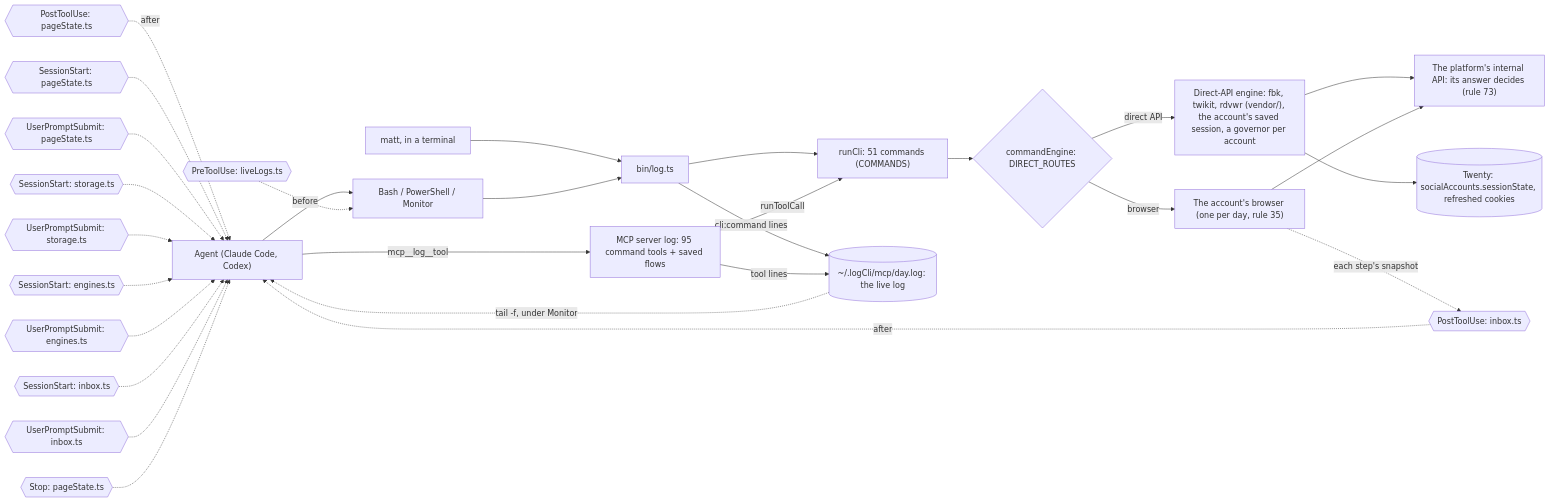
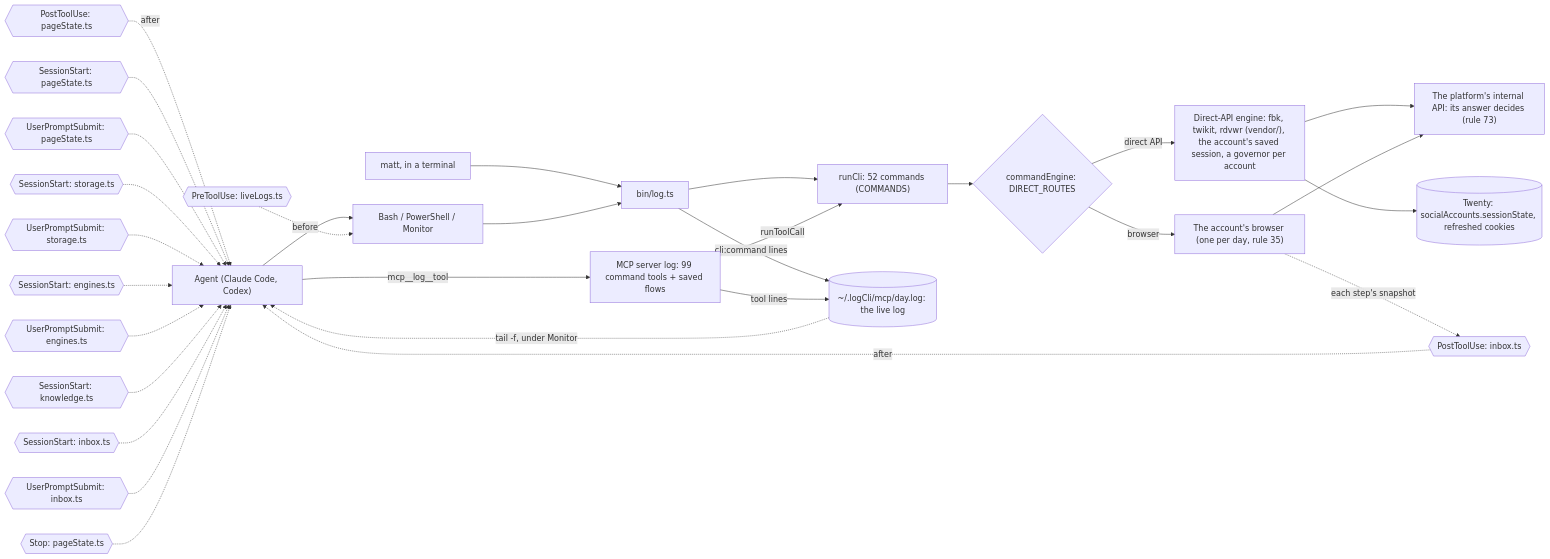
The diagram in docs/diagrams/surface.mmd (matthewdonsemail-lab/log), drawn with Mermaid before and after one commit. The commit also changed 27 other files, not shown here.

```diff
--- a/docs/diagrams/surface.mmd
+++ b/docs/diagrams/surface.mmd
@@ -1,43 +1,44 @@
 %% How a call reaches log-cli. From a shell or over MCP, both run the same commands through `runCli`, write the same live log, and pass through the same hooks. `commandEngine` sends each command to the platform's direct API or to the account's browser.
 %% Written by `bun run docs:build` from the code (rule 56). Not edited by hand.
 flowchart LR
   agent["Agent (Claude Code, Codex)"]
   matt["matt, in a terminal"]
   shell["Bash / PowerShell / Monitor"]
-  mcp["MCP server log: 95 command tools + saved flows"]
+  mcp["MCP server log: 99 command tools + saved flows"]
   bin["bin/log.ts"]
-  runCli["runCli: 51 commands (COMMANDS)"]
+  runCli["runCli: 52 commands (COMMANDS)"]
   live[("~/.logCli/mcp/day.log: the live log")]
   engine{"commandEngine: DIRECT_ROUTES"}
   direct["Direct-API engine: fbk, twikit, rdvwr (vendor/), the account's saved session, a governor per account"]
   browser["The account's browser (one per day, rule 35)"]
   api["The platform's internal API: its answer decides (rule 73)"]
   twenty[("Twenty: socialAccounts.sessionState, refreshed cookies")]
   agent --> shell
   matt --> bin
   shell --> bin
   agent -->|mcp__log__tool| mcp
   bin --> runCli
   mcp -->|runToolCall| runCli
   runCli --> engine
   engine -->|direct API| direct
   engine -->|browser| browser
   direct --> api
   browser --> api
   direct --> twenty
   bin -->|cli:command lines| live
   mcp -->|tool lines| live
   live -.->|tail -f, under Monitor| agent
   pre0{{"PreToolUse: liveLogs.ts"}} -.->|before| shell
   post0{{"PostToolUse: inbox.ts"}} -.->|after| agent
   post1{{"PostToolUse: pageState.ts"}} -.->|after| agent
   turn0{{"SessionStart: pageState.ts"}} -.-> agent
   turn1{{"UserPromptSubmit: pageState.ts"}} -.-> agent
   turn2{{"SessionStart: storage.ts"}} -.-> agent
   turn3{{"UserPromptSubmit: storage.ts"}} -.-> agent
   turn4{{"SessionStart: engines.ts"}} -.-> agent
   turn5{{"UserPromptSubmit: engines.ts"}} -.-> agent
-  turn6{{"SessionStart: inbox.ts"}} -.-> agent
-  turn7{{"UserPromptSubmit: inbox.ts"}} -.-> agent
-  turn8{{"Stop: pageState.ts"}} -.-> agent
+  turn6{{"SessionStart: knowledge.ts"}} -.-> agent
+  turn7{{"SessionStart: inbox.ts"}} -.-> agent
+  turn8{{"UserPromptSubmit: inbox.ts"}} -.-> agent
+  turn9{{"Stop: pageState.ts"}} -.-> agent
   browser -.->|each step's snapshot| post0
```
